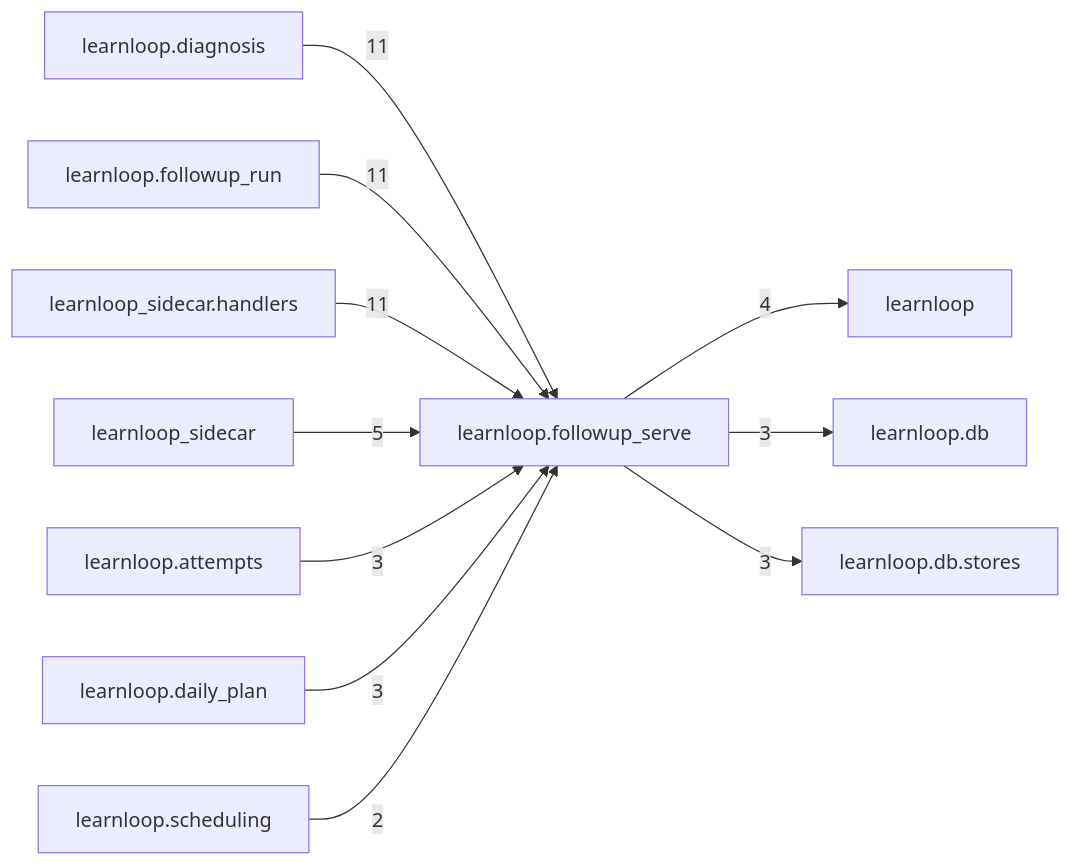
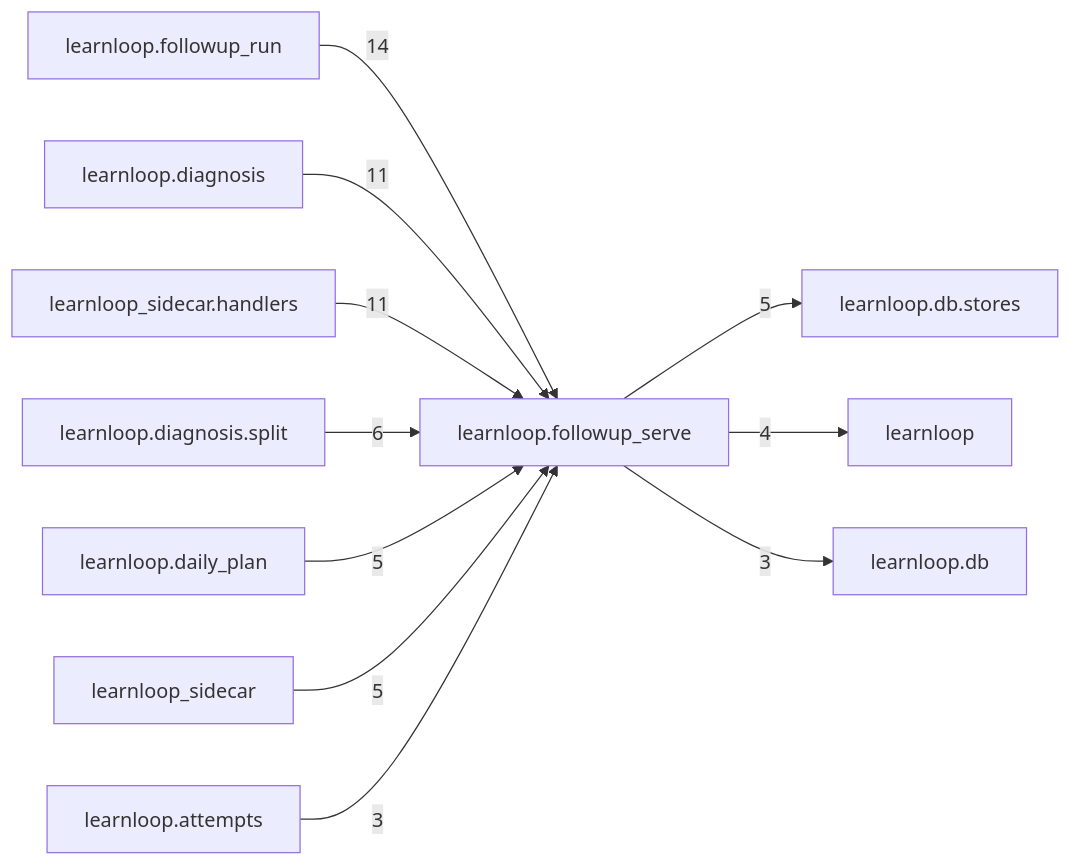
One commit to 6up-b/learnanything changed the diagram in docs/learnloop-architecture-vault/Reference/Modules/learnloop/followup_serve/_package.md. Above: the diagram before and after it, drawn with Mermaid. The commit also changed other lines of this file and 559 other files, not shown here.

````diff
--- a/docs/learnloop-architecture-vault/Reference/Modules/learnloop/followup_serve/_package.md
+++ b/docs/learnloop-architecture-vault/Reference/Modules/learnloop/followup_serve/_package.md
@@ -83,24 +86,24 @@
 ```mermaid
 flowchart LR
     center["learnloop.followup_serve"]
+    n_learnloop_followup_run["learnloop.followup_run"]
     n_learnloop_diagnosis["learnloop.diagnosis"]
-    n_learnloop_followup_run["learnloop.followup_run"]
     n_learnloop_sidecar_handlers["learnloop_sidecar.handlers"]
+    n_learnloop_diagnosis_split["learnloop.diagnosis.split"]
+    n_learnloop_daily_plan["learnloop.daily_plan"]
+    n_learnloop_db_stores["learnloop.db.stores"]
     n_learnloop_sidecar["learnloop_sidecar"]
     n_learnloop["learnloop"]
     n_learnloop_attempts["learnloop.attempts"]
-    n_learnloop_daily_plan["learnloop.daily_plan"]
     n_learnloop_db["learnloop.db"]
-    n_learnloop_db_stores["learnloop.db.stores"]
-    n_learnloop_scheduling["learnloop.scheduling"]
+    n_learnloop_followup_run -->|14| center
     n_learnloop_diagnosis -->|11| center
-    n_learnloop_followup_run -->|11| center
     n_learnloop_sidecar_handlers -->|11| center
+    n_learnloop_diagnosis_split -->|6| center
+    n_learnloop_daily_plan -->|5| center
+    center -->|5| n_learnloop_db_stores
     n_learnloop_sidecar -->|5| center
     center -->|4| n_learnloop
     n_learnloop_attempts -->|3| center
-    n_learnloop_daily_plan -->|3| center
     center -->|3| n_learnloop_db
-    center -->|3| n_learnloop_db_stores
-    n_learnloop_scheduling -->|2| center
 ```
````
